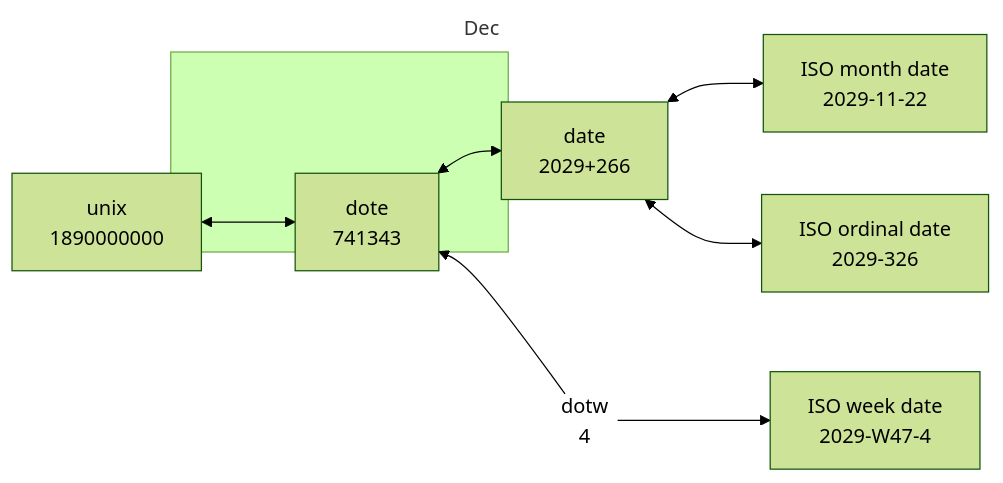
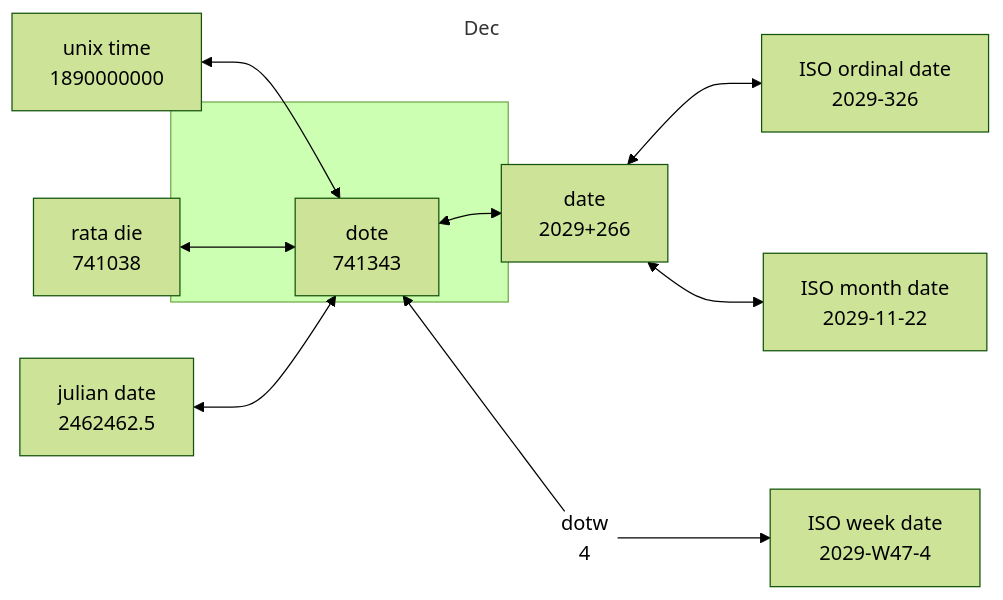
Before and after one commit to maptv/maptv.github.io: the diagram in dec/date/index.qmd, drawn with Mermaid (forest theme). The commit also changed other lines of this file and 3 other files, not shown here.

Commit message:
Changed files: dec/date/index.html dec/date/index.md dec/date/index.qmd dec/date/py.ipynb

````diff
--- a/dec/date/index.qmd
+++ b/dec/date/index.qmd
@@ -372,18 +112,19 @@
 ```{mermaid}
-%%| fig-cap: Dec date conversion
 flowchart LR
-   A[unix\n1890000000]<-->B[dote\n741343]
-   subgraph dec[ Dec ]
-   B<-->C[date\n2029+266]
+   A[unix time\n1890000000]<-->B[dote\n741343]
+   C[rata die\n741038]<-->B
+   D[julian date\n2462462.5]<-->B
+   subgraph dec[Dec]
+   B<-->E[date\n2029+266]
    end
-   C<-->D[ISO month date\n2029-11-22]
-   C<-->E[ISO ordinal date\n2029-326]
-   F((dotw\n4))-->B
-   F-->G[ISO week date\n2029-W47-4]
-   B---F
+   E<-->F[ISO ordinal date\n2029-326]
+   E<-->G[ISO month date\n2029-11-22]
+   H((dotw\n4))-->B
+   H-->I[ISO week date\n2029-W47-4]
+   B---H
    %% B-->H[HH:MM:SS\n00:00:00]
    %% C-->H
-   linkStyle 6 stroke-width:0px;
-   style dec y:40px,x:135px,width:270px,height:160px;
-   style F stroke:none,fill:none;
+   linkStyle 8 stroke-width:0px;
+   style dec y:80px,x:135px,width:270px,height:160px;
+   style H stroke:none,fill:none;
 ```
````
